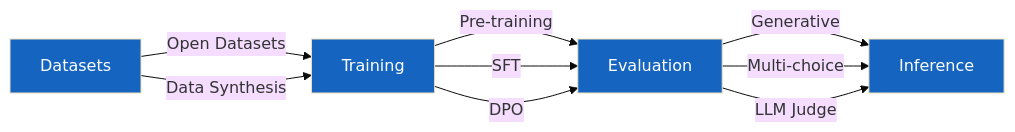
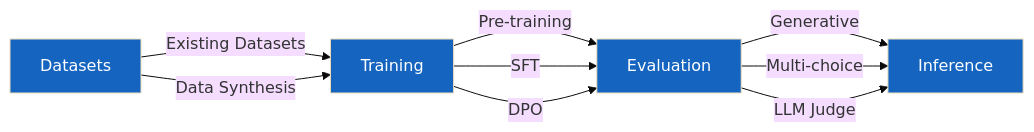
Before and after one commit to vulkomilev/oumi: the diagram in docs/get_started/core_concepts.md, drawn with Mermaid. The commit also changed other lines of this file and 9 other files, not shown here.

````diff
--- a/docs/get_started/core_concepts.md
+++ b/docs/get_started/core_concepts.md
@@ -11,23 +11,23 @@
 ```{mermaid}
 %%{init: {'theme': 'base', 'themeVariables': { 'background': '#f5f5f5'}}}%%
 graph LR
     %% Data stage connections
-    DS[Datasets] --> |Open Datasets| TR[Training]
+    DS[Datasets] --> |Existing Datasets| TR[Training]
     DS --> |Data Synthesis| TR
 
     %% Training methods
     TR --> |Pre-training| EV[Evaluation]
     TR --> |SFT| EV
     TR --> |DPO| EV
 
     %% Evaluation methods spread horizontally
     EV --> |Generative| INF[Inference]
     EV --> |Multi-choice| INF
     EV --> |LLM Judge| INF
 
     %% Style for core workflow
     style DS fill:#1565c0,color:#ffffff
     style TR fill:#1565c0,color:#ffffff
     style EV fill:#1565c0,color:#ffffff
     style INF fill:#1565c0,color:#ffffff
 ```
````
